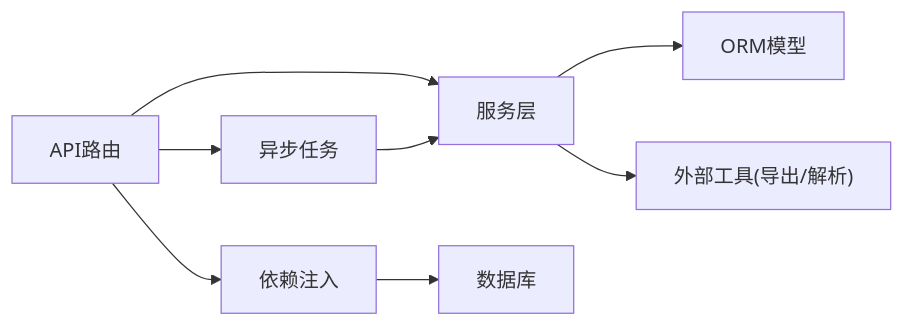
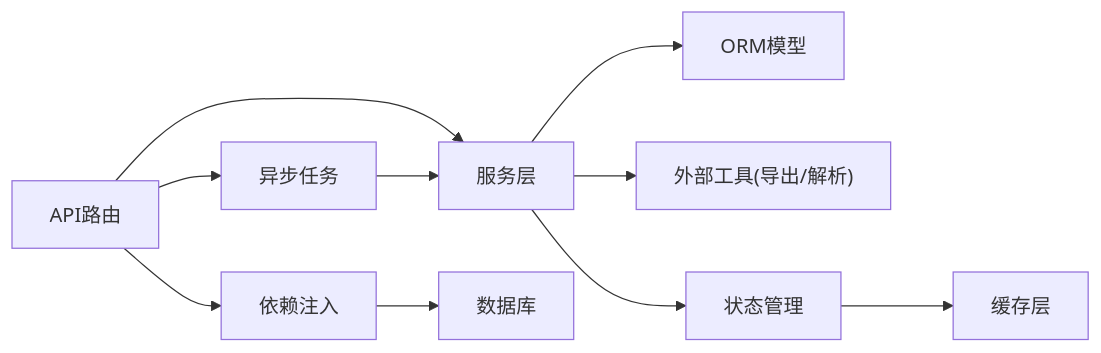
Before and after one commit to vu1Art1st/talos: the ninth of 9 diagrams in .qoder/repowiki/zh/content/系统架构/后端架构/后端架构.md, drawn with Mermaid. The commit also changed other lines of this file and 129 other files, not shown here.

````diff
--- a/.qoder/repowiki/zh/content/系统架构/后端架构/后端架构.md
+++ b/.qoder/repowiki/zh/content/系统架构/后端架构/后端架构.md
@@ -425,10 +440,12 @@
 ```mermaid
 graph LR
 API["API路由"] --> Service["服务层"]
 Service --> Model["ORM模型"]
 Service --> Tools["外部工具(导出/解析)"]
 API --> Deps["依赖注入"]
 Deps --> DB["数据库"]
 API --> Worker["异步任务"]
 Worker --> Service
+Service --> StateMgr["状态管理"]
+StateMgr --> Cache["缓存层"]
 ```
````
